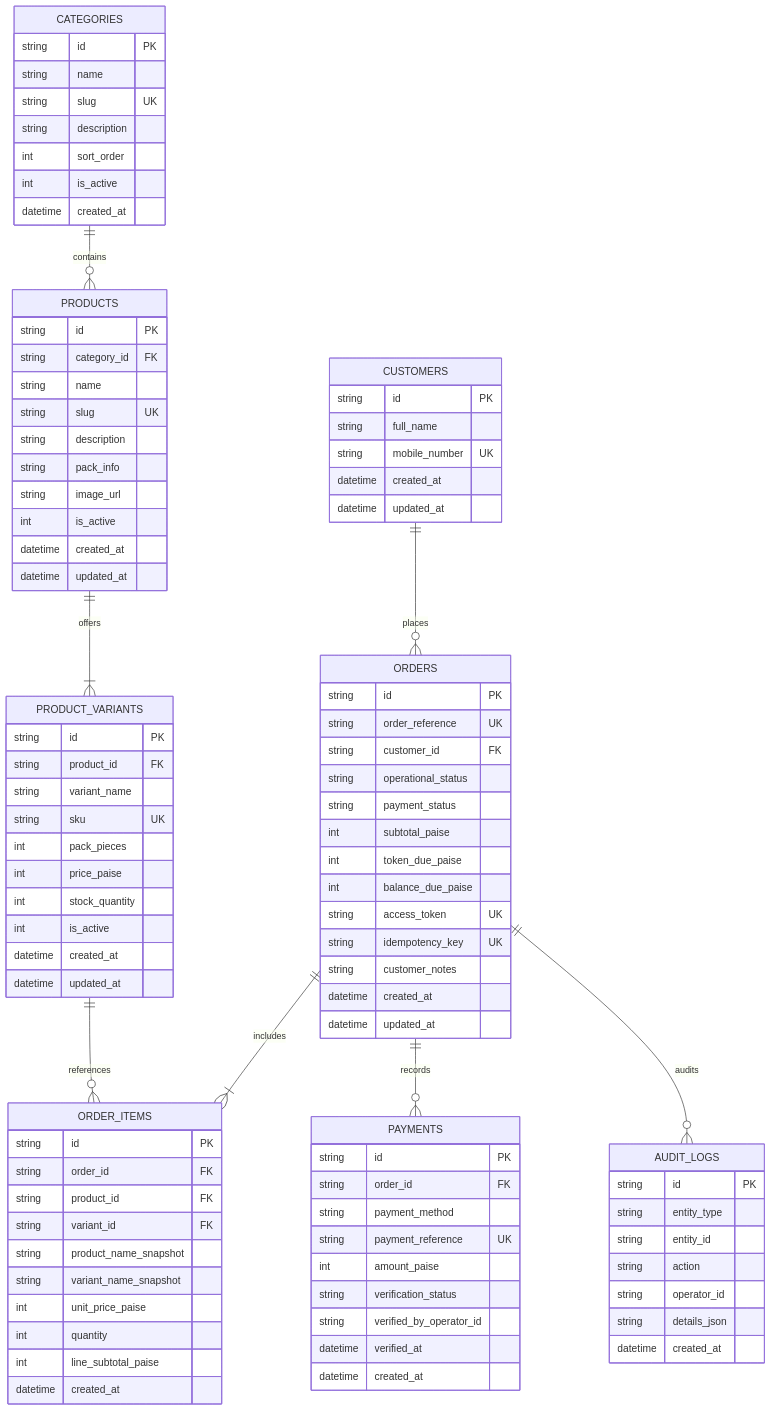
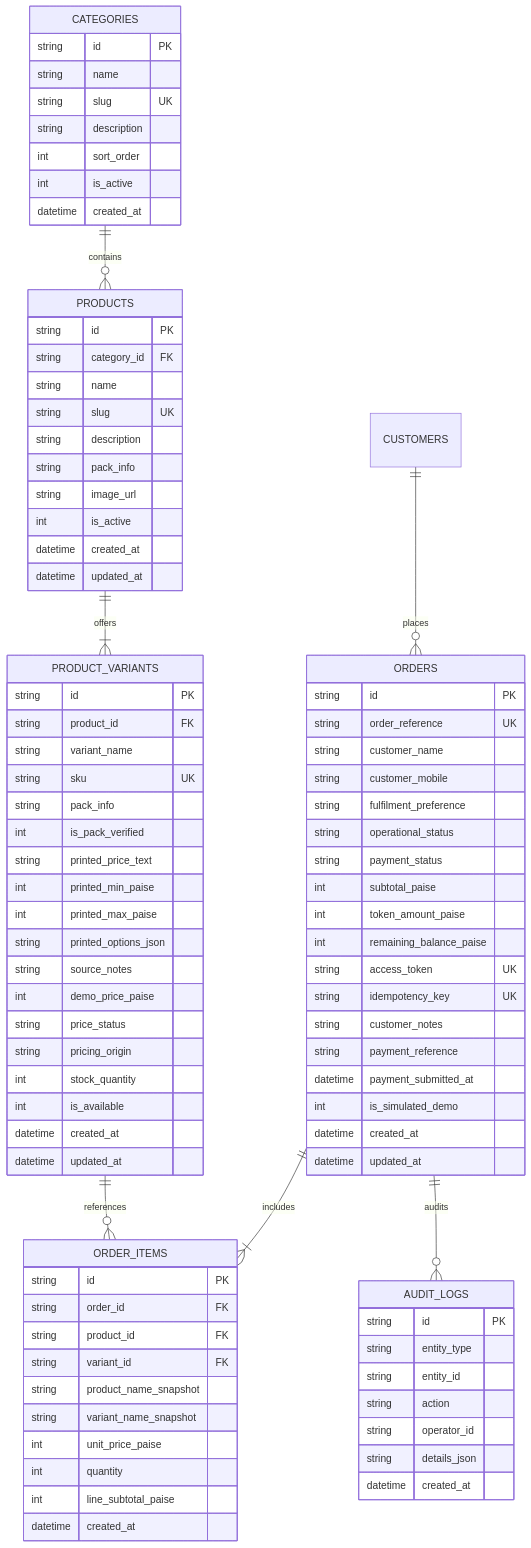
Before and after one commit to Bedant1424/Love: the diagram in Desktop/DIWALI/docs/data-model.md, drawn with Mermaid. The commit also changed other lines of this file and 23 other files, not shown here.

Commit message:
fix(security): align payment status and protect order access

```diff
--- a/Desktop/DIWALI/docs/data-model.md
+++ b/Desktop/DIWALI/docs/data-model.md
@@ -16,7 +16,6 @@
     CUSTOMERS ||--o{ ORDERS : places
     ORDERS ||--|{ ORDER_ITEMS : includes
     PRODUCT_VARIANTS ||--o{ ORDER_ITEMS : references
-    ORDERS ||--o{ PAYMENTS : records
     ORDERS ||--o{ AUDIT_LOGS : audits
 
     CATEGORIES {
@@ -47,18 +46,18 @@
         string product_id FK
         string variant_name
         string sku UK
-        int pack_pieces
-        int price_paise
+        string pack_info
+        int is_pack_verified
+        string printed_price_text
+        int printed_min_paise
+        int printed_max_paise
+        string printed_options_json
+        string source_notes
+        int demo_price_paise
+        string price_status
+        string pricing_origin
         int stock_quantity
-        int is_active
-        datetime created_at
-        datetime updated_at
-    }
-
-    CUSTOMERS {
-        string id PK
-        string full_name
-        string mobile_number UK
+        int is_available
         datetime created_at
         datetime updated_at
     }
@@ -66,15 +65,20 @@
     ORDERS {
         string id PK
         string order_reference UK
-        string customer_id FK
+        string customer_name
+        string customer_mobile
+        string fulfilment_preference
         string operational_status
         string payment_status
         int subtotal_paise
-        int token_due_paise
-        int balance_due_paise
+        int token_amount_paise
+        int remaining_balance_paise
         string access_token UK
         string idempotency_key UK
         string customer_notes
+        string payment_reference
+        datetime payment_submitted_at
+        int is_simulated_demo
         datetime created_at
         datetime updated_at
     }
@@ -92,18 +96,6 @@
         datetime created_at
     }
 
-    PAYMENTS {
-        string id PK
-        string order_id FK
-        string payment_method
-        string payment_reference UK
-        int amount_paise
-        string verification_status
-        string verified_by_operator_id
-        datetime verified_at
-        datetime created_at
-    }
-
     AUDIT_LOGS {
         string id PK
         string entity_type
```
